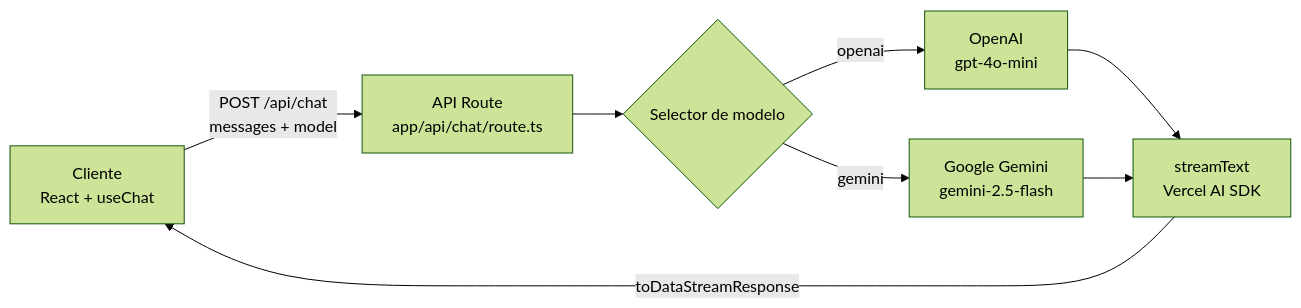
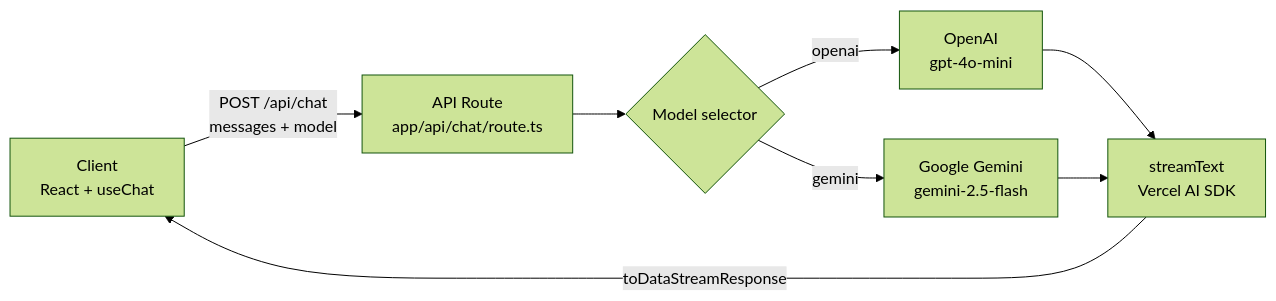
Before and after one commit to DiegoWare/ai-chat-assistant: the diagram in README.md, drawn with Mermaid (forest theme). The commit also changed other lines of this file and 8 other files, not shown here.

````diff
--- a/README.md
+++ b/README.md
@@ -74,10 +88,10 @@
 ```mermaid
 flowchart LR
-    A[Cliente\nReact + useChat] -->|POST /api/chat\nmessages + model| B[API Route\napp/api/chat/route.ts]
-    B --> C{Selector de modelo}
+    A[Client\nReact + useChat] -->|POST /api/chat\nmessages + model| B[API Route\napp/api/chat/route.ts]
+    B --> C{Model selector}
     C -->|openai| D[OpenAI\ngpt-4o-mini]
     C -->|gemini| E[Google Gemini\ngemini-2.5-flash]
     D --> F[streamText\nVercel AI SDK]
     E --> F
     F -->|toDataStreamResponse| A
 ```
````
